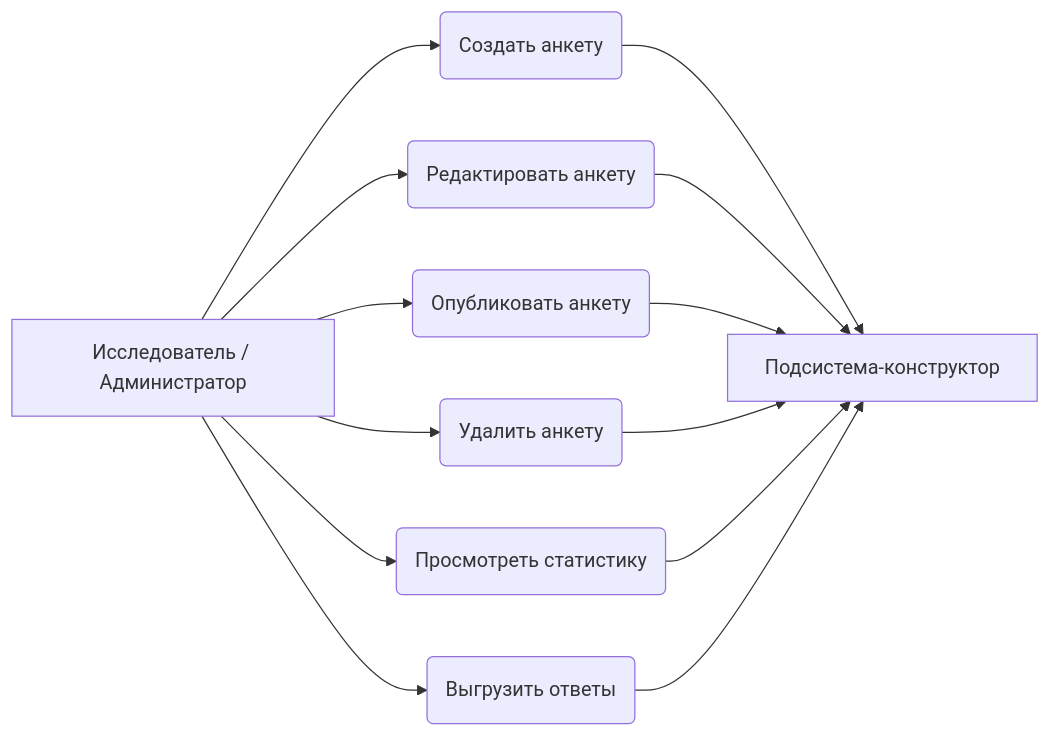
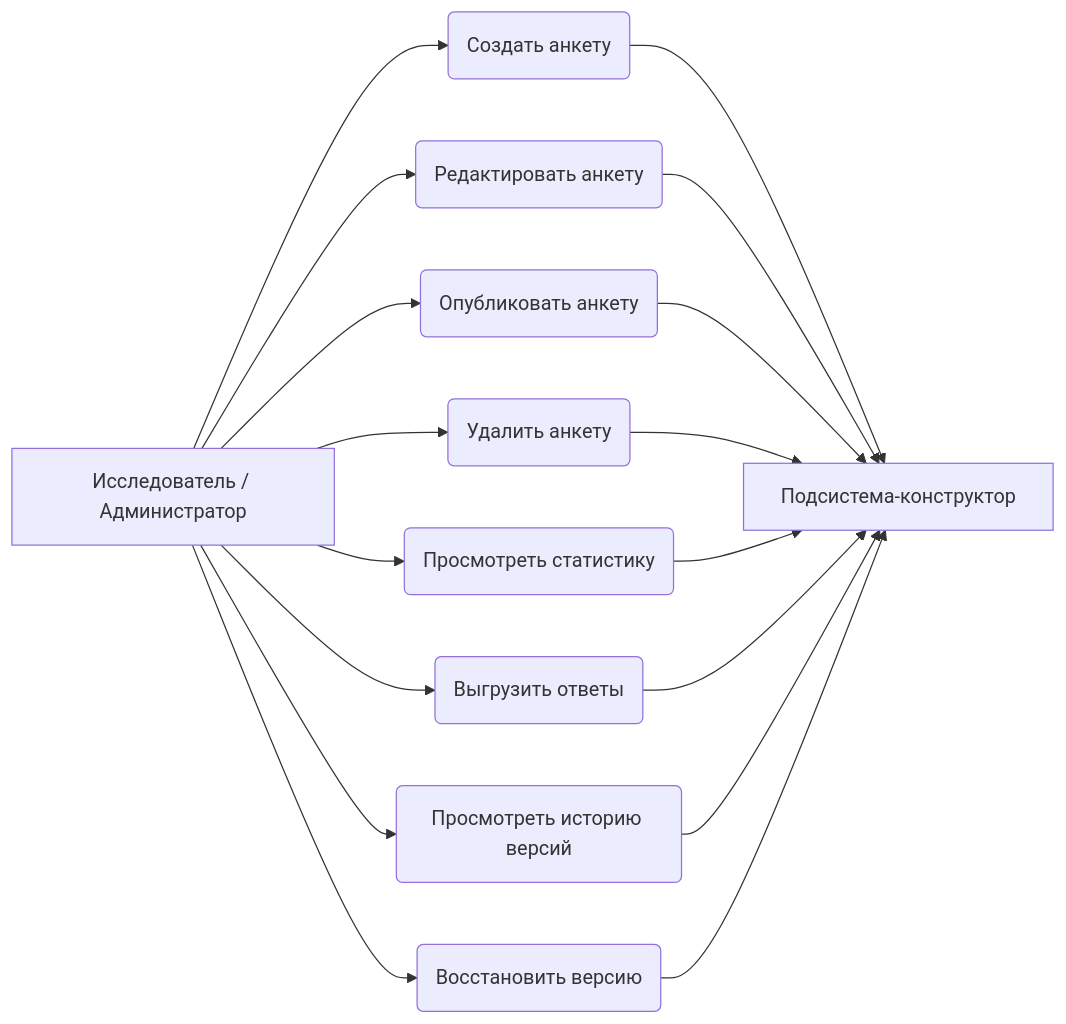
Before and after one commit to sanya2905/survey-constructor-service: the first of 3 diagrams in docs/vkr-podsystema-konstruktor-anketirovaniya.md, drawn with Mermaid. The commit also changed other lines of this file and 2 other files, not shown here.

````diff
--- a/docs/vkr-podsystema-konstruktor-anketirovaniya.md
+++ b/docs/vkr-podsystema-konstruktor-anketirovaniya.md
@@ -61,15 +68,19 @@
 ```mermaid
 graph LR
     A[Исследователь / Администратор] --> B(Создать анкету)
     A --> C(Редактировать анкету)
     A --> D(Опубликовать анкету)
     A --> E(Удалить анкету)
     A --> F(Просмотреть статистику)
     A --> G(Выгрузить ответы)
-    B --> H[Подсистема-конструктор]
-    C --> H
-    D --> H
-    E --> H
-    F --> H
-    G --> H
+    A --> H(Просмотреть историю версий)
+    A --> I(Восстановить версию)
+    B --> J[Подсистема-конструктор]
+    C --> J
+    D --> J
+    E --> J
+    F --> J
+    G --> J
+    H --> J
+    I --> J
 ```
````
